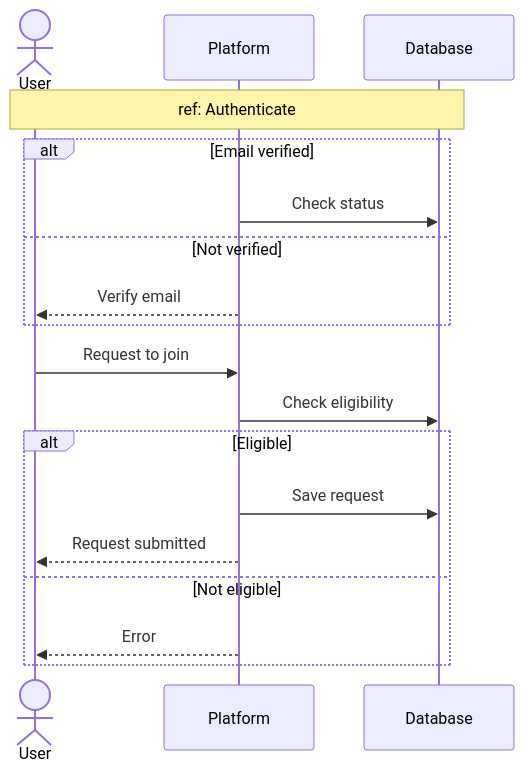
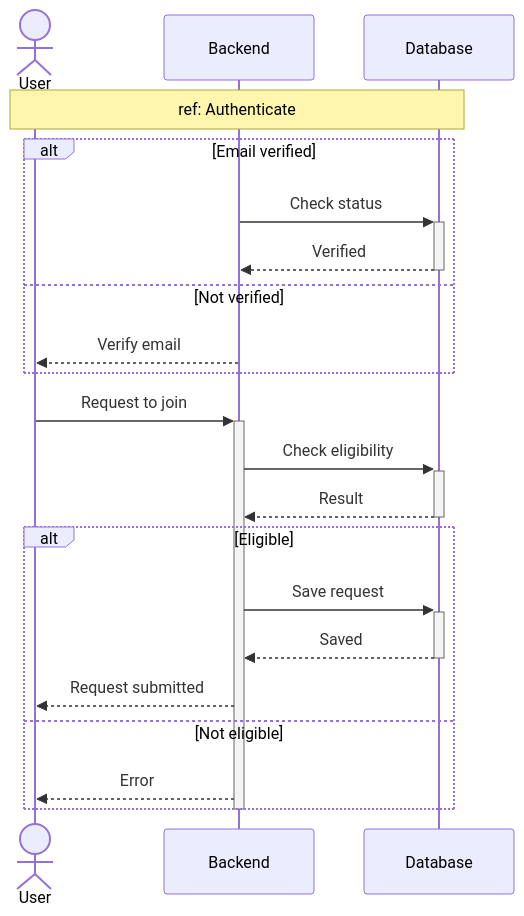
The fifth of 16 diagrams in docs/SEQUENCE_DIAGRAMS.md (MohamedChebbi123/teamnest), drawn with Mermaid before and after one commit. The commit also changed other lines of this file, not shown here.

````diff
--- a/docs/SEQUENCE_DIAGRAMS.md
+++ b/docs/SEQUENCE_DIAGRAMS.md
@@ -173,23 +195,27 @@
 ```mermaid
 sequenceDiagram
     actor User
-    participant API as Platform
+    participant API as Backend
     participant DB as Database
 
     Note over User,DB: ref: Authenticate
 
     alt Email verified
-        API->>DB: Check status
+        API->>+DB: Check status
+        DB-->>-API: Verified
     else Not verified
         API-->>User: Verify email
     end
 
-    User->>API: Request to join
-    API->>DB: Check eligibility
+    User->>+API: Request to join
+    API->>+DB: Check eligibility
+    DB-->>-API: Result
     alt Eligible
-        API->>DB: Save request
+        API->>+DB: Save request
+        DB-->>-API: Saved
         API-->>User: Request submitted
     else Not eligible
         API-->>User: Error
     end
+    deactivate API
 ```
````
